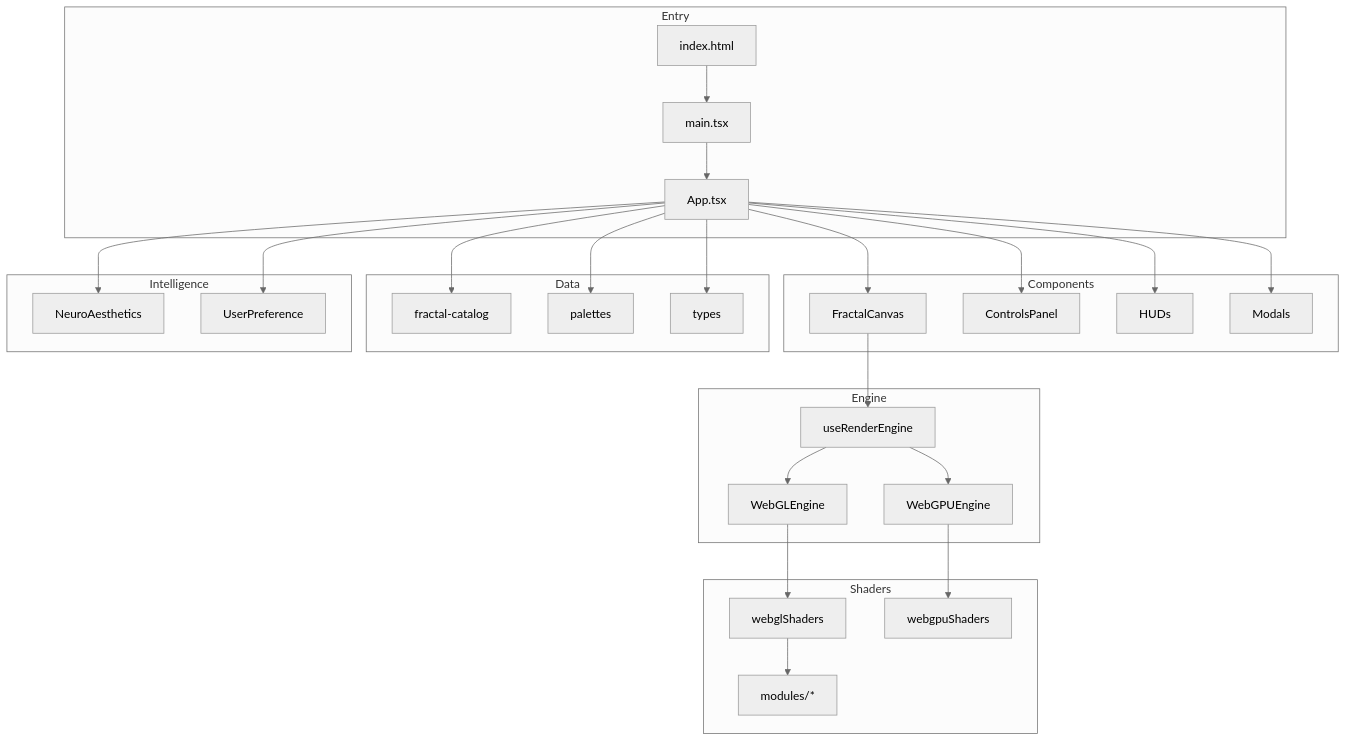
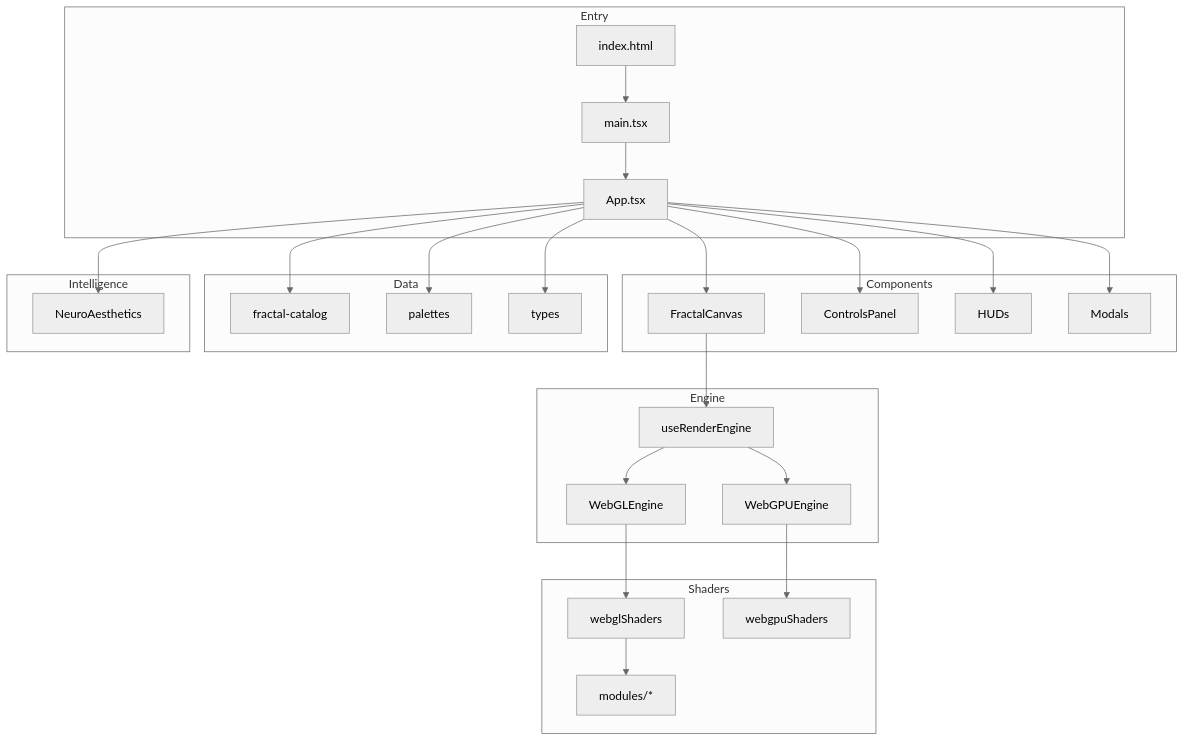
One commit to bouncemonster/swype-imagine changed the tenth of 10 diagrams in docs/ARCHITECTURE_DIAGRAMS.md. Above: the diagram before and after it, drawn with Mermaid (neutral theme). The commit also changed other lines of this file and 55 other files, not shown here.

````diff
--- a/docs/ARCHITECTURE_DIAGRAMS.md
+++ b/docs/ARCHITECTURE_DIAGRAMS.md
@@ -326,37 +330,36 @@
 ```mermaid
 graph TD
     subgraph "Entry"
         A[index.html] --> B[main.tsx]
         B --> C[App.tsx]
     end
     
     subgraph "Components"
         C --> D[FractalCanvas]
         C --> E[ControlsPanel]
         C --> F[HUDs]
         C --> G[Modals]
     end
     
     subgraph "Engine"
         D --> H[useRenderEngine]
         H --> I[WebGLEngine]
         H --> J[WebGPUEngine]
     end
     
     subgraph "Shaders"
         I --> K[webglShaders]
         J --> L[webgpuShaders]
         K --> M[modules/*]
     end
     
     subgraph "Data"
         C --> N[fractal-catalog]
         C --> O[palettes]
         C --> P[types]
     end
     
     subgraph "Intelligence"
         C --> Q[NeuroAesthetics]
-        C --> R[UserPreference]
     end
 ```
````
